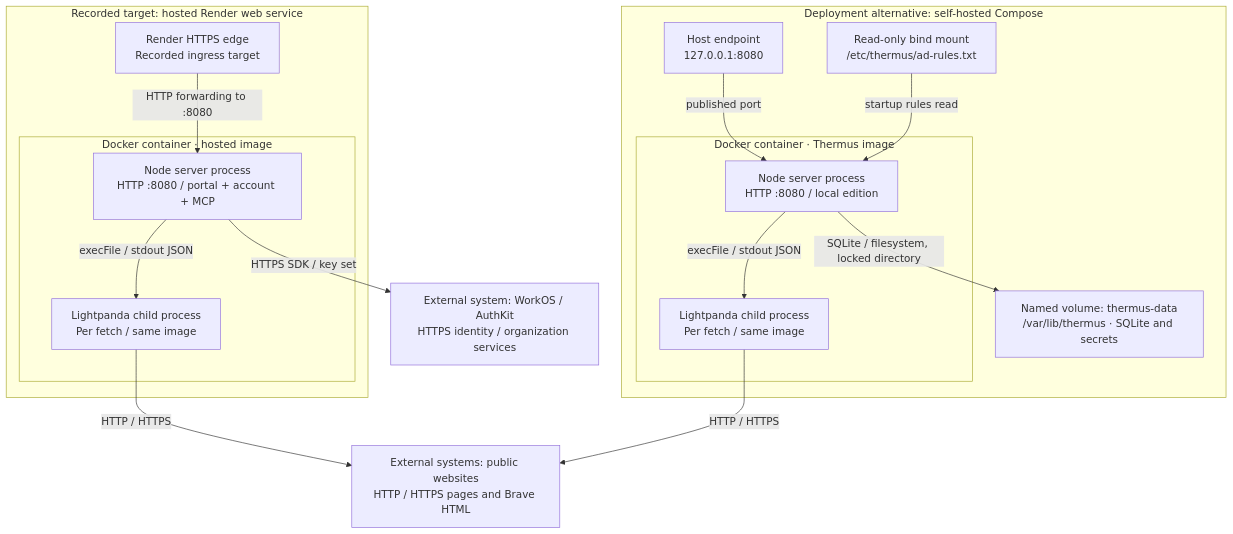
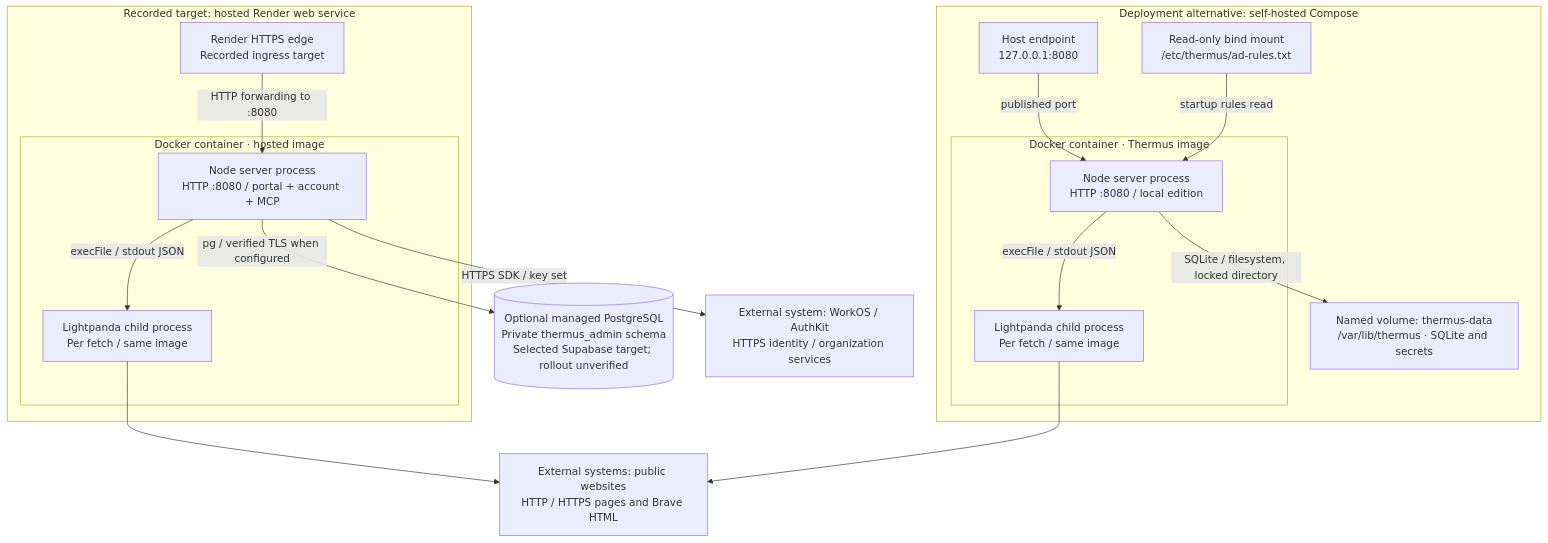
Diagram 12 of 12 in architecture/components.md (tomer-mayara/Thermus), drawn with Mermaid before and after one commit. The commit also changed other lines of this file and 34 other files, not shown here.

Commit message:
Add bounded PostgreSQL logging settings storage for S2-01a

````diff
--- a/architecture/components.md
+++ b/architecture/components.md
@@ -591,31 +632,33 @@
 ```mermaid
 %%{init: {"flowchart": {"wrappingWidth": 260}}}%%
 flowchart TB
   subgraph deploy_local["Deployment alternative: self-hosted Compose"]
     deploy_loopback["Host endpoint<br/>127.0.0.1:8080"]
     subgraph deploy_local_docker["Docker container · Thermus image"]
       deploy_local_node["Node server process<br/>HTTP :8080 / local edition"]
       deploy_local_child["Lightpanda child process<br/>Per fetch / same image"]
     end
     deploy_volume["Named volume: thermus-data<br/>/var/lib/thermus · SQLite and secrets"]
     deploy_rules["Read-only bind mount<br/>/etc/thermus/ad-rules.txt"]
     deploy_loopback -->|published port| deploy_local_node
     deploy_local_node -->|execFile / stdout JSON| deploy_local_child
     deploy_local_node -->|SQLite / filesystem, locked directory| deploy_volume
     deploy_rules -->|startup rules read| deploy_local_node
   end
   subgraph deploy_hosted["Recorded target: hosted Render web service"]
     deploy_edge["Render HTTPS edge<br/>Recorded ingress target"]
     subgraph deploy_hosted_docker["Docker container · hosted image"]
       deploy_hosted_node["Node server process<br/>HTTP :8080 / portal + account + MCP"]
       deploy_hosted_child["Lightpanda child process<br/>Per fetch / same image"]
     end
     deploy_edge -->|HTTP forwarding to :8080| deploy_hosted_node
     deploy_hosted_node -->|execFile / stdout JSON| deploy_hosted_child
   end
+  deploy_settings[("Optional managed PostgreSQL<br/>Private thermus_admin schema<br/>Selected Supabase target; rollout unverified")]
+  deploy_hosted_node -->|pg / verified TLS when configured| deploy_settings
   deploy_workos["External system: WorkOS / AuthKit<br/>HTTPS identity / organization services"]
   deploy_public["External systems: public websites<br/>HTTP / HTTPS pages and Brave HTML"]
   deploy_hosted_node -->|HTTPS SDK / key set| deploy_workos
-  deploy_hosted_child -->|HTTP / HTTPS| deploy_public
-  deploy_local_child -->|HTTP / HTTPS| deploy_public
+  deploy_hosted_child --> deploy_public
+  deploy_local_child --> deploy_public
 ```
````
